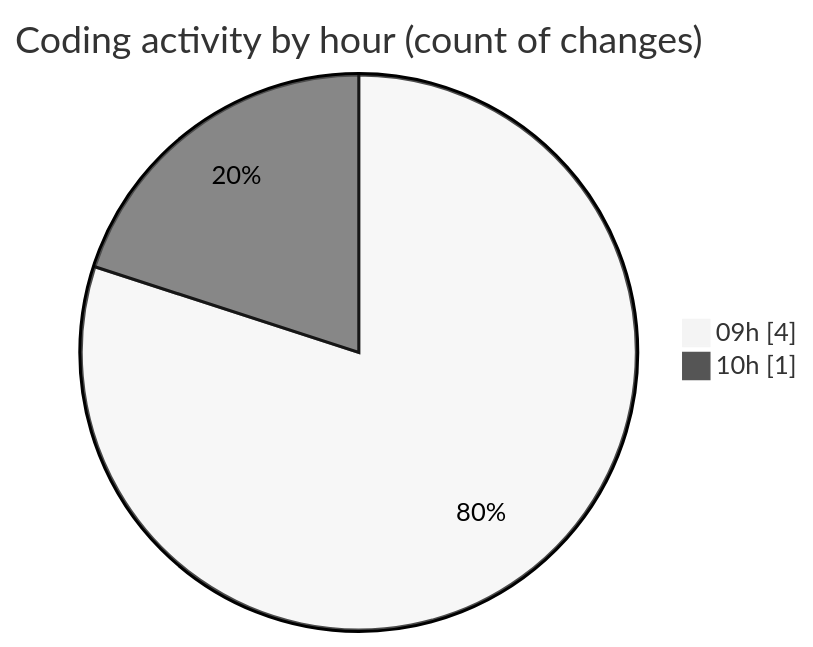
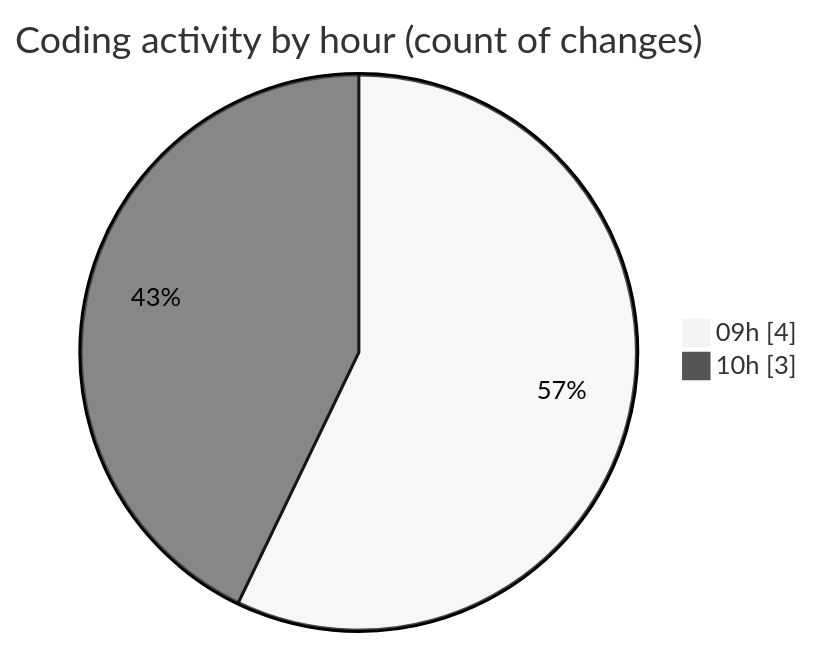
Before and after one commit to trdunsworth/code-tracking: the second of 2 diagrams in 2025-03-26/cisp25/README.md, drawn with Mermaid (neutral theme). The commit also changed other lines of this file and 1 other file, not shown here.

````diff
--- a/2025-03-26/cisp25/README.md
+++ b/2025-03-26/cisp25/README.md
@@ -28,6 +28,6 @@
 ```mermaid
 pie showData
 title Coding activity by hour (count of changes)
 "09h" : 4
-"10h" : 1
+"10h" : 3
 ```
````
